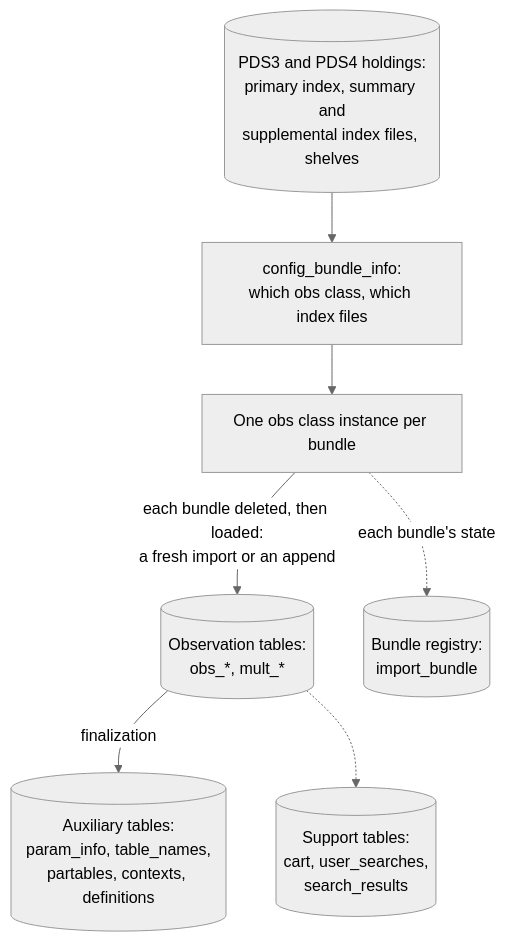
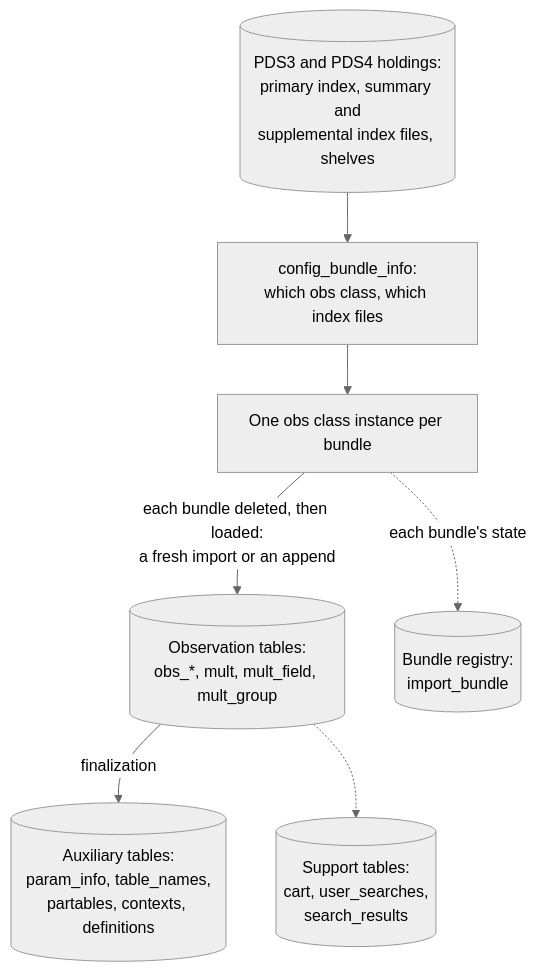
One commit to SETI/rms-opus changed the diagram in docs/dev_guide_import_overview.rst. Above: the diagram before and after it, drawn with Mermaid (neutral theme). The commit also changed other lines of this file and 21 other files, not shown here.

```diff
--- a/docs/dev_guide_import_overview.rst
+++ b/docs/dev_guide_import_overview.rst
@@ -21,18 +21,18 @@
 .. mermaid::
     :zoom:
 
     flowchart TD
         H[(PDS3 and PDS4 holdings:<br/>primary index, summary and<br/>supplemental index files, shelves)]
         BI[config_bundle_info:<br/>which obs class, which index files]
         OB[One obs class instance per bundle]
-        OBS[(Observation tables:<br/>obs_*, mult_*)]
+        OBS[(Observation tables:<br/>obs_*, mult, mult_field, mult_group)]
         REG[(Bundle registry:<br/>import_bundle)]
         AUX[(Auxiliary tables:<br/>param_info, table_names,<br/>partables, contexts, definitions)]
         SUP[(Support tables:<br/>cart, user_searches,<br/>search_results)]
 
         H --> BI
         BI --> OB
         OB -->|each bundle deleted, then loaded:<br/>a fresh import or an append| OBS
         OB -.->|each bundle's state| REG
         OBS -->|finalization| AUX
         OBS -.-> SUP
```
